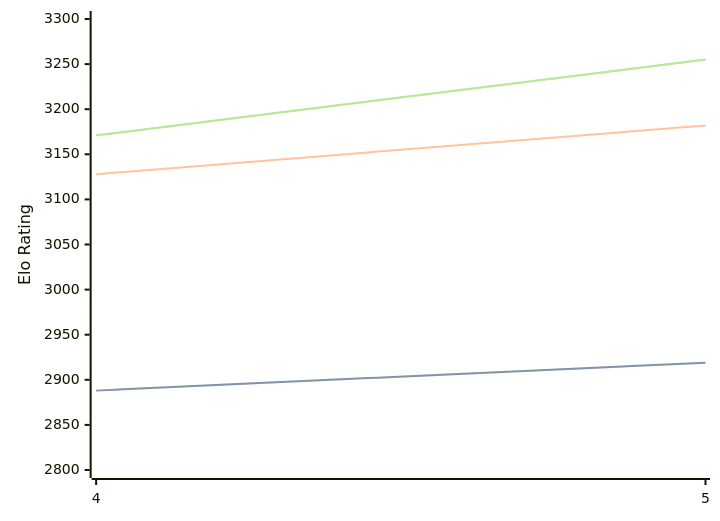
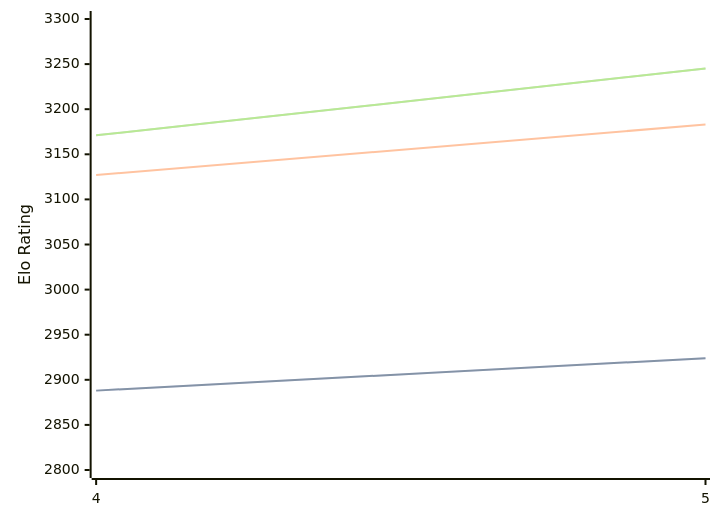
The diagram in engines/Cwtch.md (computer-chess-index/cci), drawn with Mermaid before and after one commit. The commit also changed other lines of this file, not shown here.

Commit message:
Update CCI Ratings (ELO VLTC) - 2026-04-21

````diff
--- a/engines/Cwtch.md
+++ b/engines/Cwtch.md
@@ -34,11 +34,11 @@
 ```mermaid
 %%{init: {"theme":"base","themeVariables":{"seriesColors:['#a3a3a3','#222221','#faa371']}}}%%
 xychart-beta
   x-axis ["4", "5"]
   y-axis "Elo Rating" 2800 --> 3300
-  line "STC (8.0+0.08s)" [2888, 2919]
-  line "STC (8.0+0.08s)" [2888, 2919]
-  line "LTC (60.0+0.60s)" [3128, 3182]
-  line "VLTC (2m24s+1.12s)" [3171, 3255]
-  line "VLTC (2m24s+1.12s)" [3171, 3255]
+  line "STC (8.0+0.08s)" [2888, 2924]
+  line "STC (8.0+0.08s)" [2888, 2924]
+  line "LTC (60.0+0.60s)" [3127, 3183]
+  line "VLTC (2m24s+1.12s)" [3171, 3245]
+  line "VLTC (2m24s+1.12s)" [3171, 3245]
 ```
````
